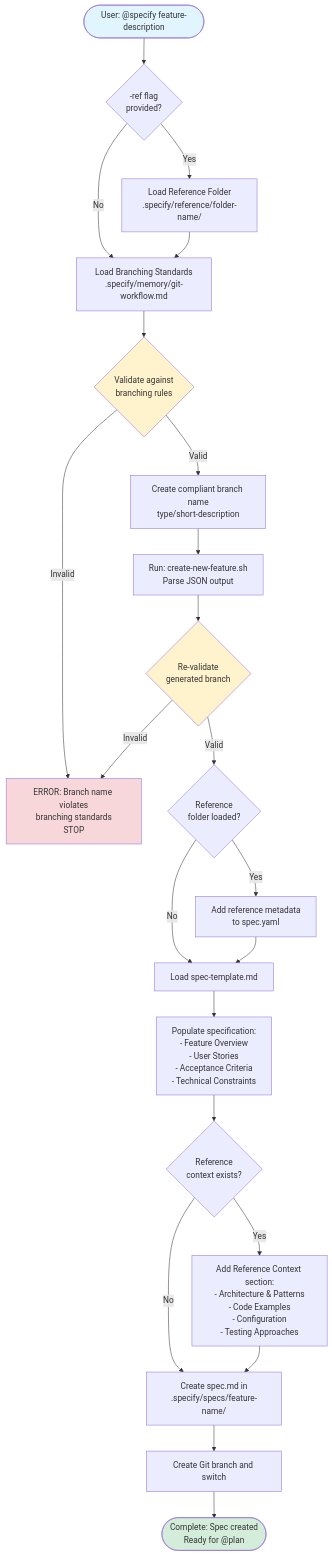
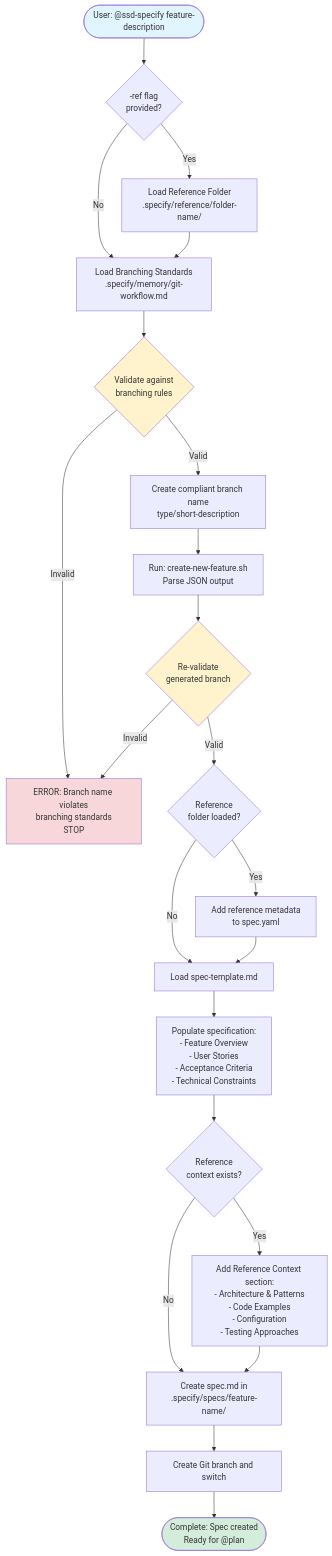
One commit to firstcommit730/sdd-toolkit changed the diagram in docs/flow-specify.md. Above: the diagram before and after it, drawn with Mermaid. The commit also changed other lines of this file and 16 other files, not shown here.

````diff
--- a/docs/flow-specify.md
+++ b/docs/flow-specify.md
@@ -3,45 +3,45 @@
 ```mermaid
 flowchart TD
-    Start([User: @specify feature-description]) --> CheckRef{-ref flag<br/>provided?}
+    Start([User: @ssd-specify feature-description]) --> CheckRef{-ref flag<br/>provided?}
 
     CheckRef -->|No| LoadBranching[Load Branching Standards<br/>.specify/memory/git-workflow.md]
     CheckRef -->|Yes| LoadRef[Load Reference Folder<br/>.specify/reference/folder-name/]
 
     LoadRef --> LoadBranching
 
     LoadBranching --> ValidateBranch{Validate against<br/>branching rules}
 
     ValidateBranch -->|Invalid| ErrorBranch[ERROR: Branch name violates<br/>branching standards<br/>STOP]
     ValidateBranch -->|Valid| CreateBranch[Create compliant branch name<br/>type/short-description]
 
     CreateBranch --> RunScript[Run: create-new-feature.sh<br/>Parse JSON output]
 
     RunScript --> PostValidate{Re-validate<br/>generated branch}
 
     PostValidate -->|Invalid| ErrorBranch
     PostValidate -->|Valid| CheckRefLoad{Reference<br/>folder loaded?}
 
     CheckRefLoad -->|Yes| AddMetadata[Add reference metadata<br/>to spec.yaml]
     CheckRefLoad -->|No| LoadTemplate[Load spec-template.md]
 
     AddMetadata --> LoadTemplate
 
     LoadTemplate --> PopulateSpec[Populate specification:<br/>- Feature Overview<br/>- User Stories<br/>- Acceptance Criteria<br/>- Technical Constraints]
 
     PopulateSpec --> CheckRefContext{Reference<br/>context exists?}
 
     CheckRefContext -->|Yes| AddRefSection[Add Reference Context section:<br/>- Architecture & Patterns<br/>- Code Examples<br/>- Configuration<br/>- Testing Approaches]
     CheckRefContext -->|No| CreateSpec[Create spec.md in<br/>.specify/specs/feature-name/]
 
     AddRefSection --> CreateSpec
 
     CreateSpec --> CreateBranchGit[Create Git branch and switch]
 
     CreateBranchGit --> Done([Complete: Spec created<br/>Ready for @plan])
 
     style Start fill:#e1f5ff
     style Done fill:#d4edda
     style ErrorBranch fill:#f8d7da
     style ValidateBranch fill:#fff3cd
     style PostValidate fill:#fff3cd
 ```
````
